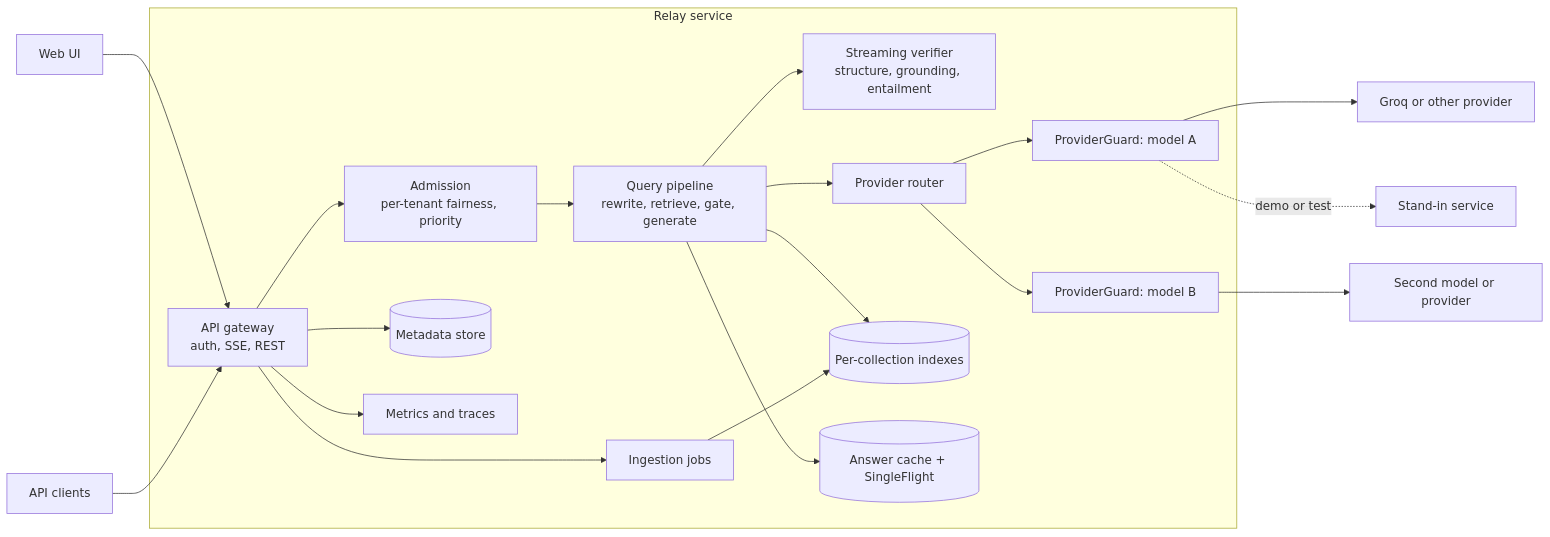
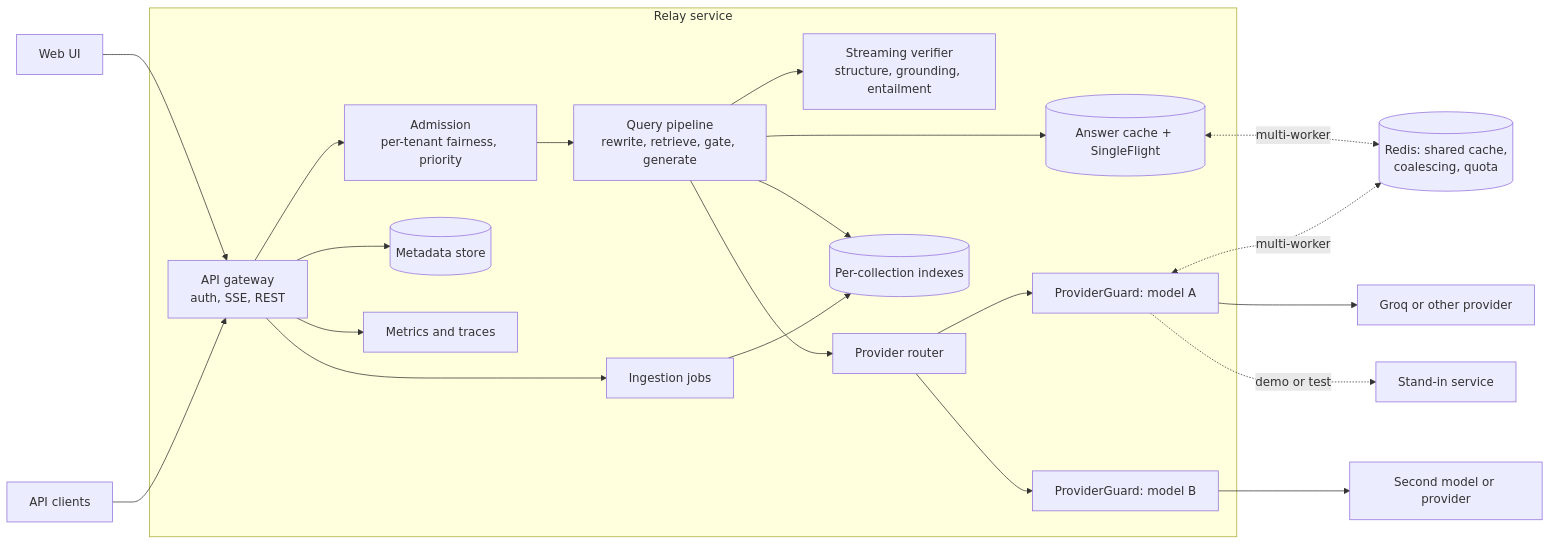
One commit to AyushSingh110/The-Relay changed the diagram in README.md. Above: the diagram before and after it, drawn with Mermaid. The commit also changed other lines of this file and 62 other files, not shown here.

````diff
--- a/README.md
+++ b/README.md
@@ -10,22 +137,24 @@
 ```mermaid
 flowchart LR
     UI[Web UI] --> API
     SDK[API clients] --> API
     subgraph Relay service
       API[API gateway<br/>auth, SSE, REST] --> ADM[Admission<br/>per-tenant fairness, priority]
       ADM --> PIPE[Query pipeline<br/>rewrite, retrieve, gate, generate]
       PIPE --> VER[Streaming verifier<br/>structure, grounding, entailment]
       PIPE --> ROUTER[Provider router]
       ROUTER --> G1[ProviderGuard: model A]
       ROUTER --> G2[ProviderGuard: model B]
       API --> ING[Ingestion jobs]
       PIPE --> IDX[(Per-collection indexes)]
       ING --> IDX
       API --> DB[(Metadata store)]
       PIPE --> CACHE[(Answer cache + SingleFlight)]
       API --> OBS[Metrics and traces]
     end
+    CACHE <-.multi-worker.-> REDIS[(Redis: shared cache,<br/>coalescing, quota)]
+    G1 <-.multi-worker.-> REDIS
     G1 --> P1[Groq or other provider]
     G2 --> P2[Second model or provider]
     G1 -.demo or test.-> SI[Stand-in service]
 ```
````
